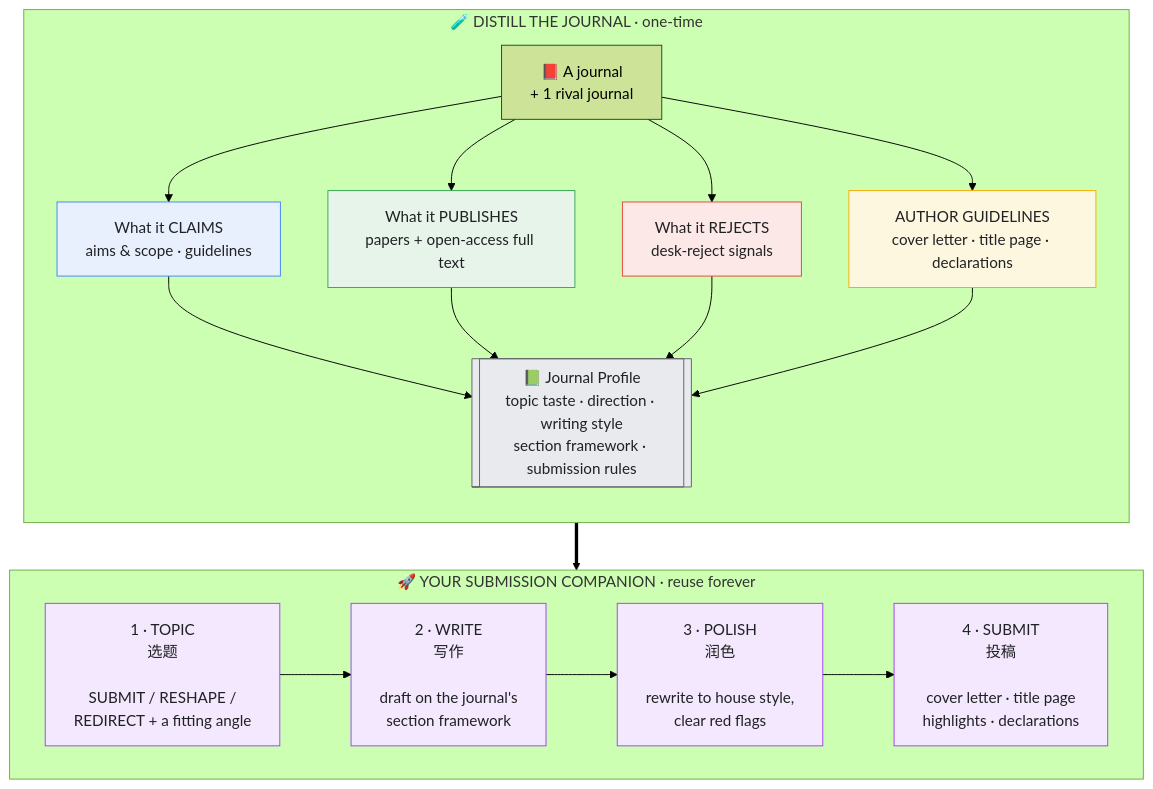
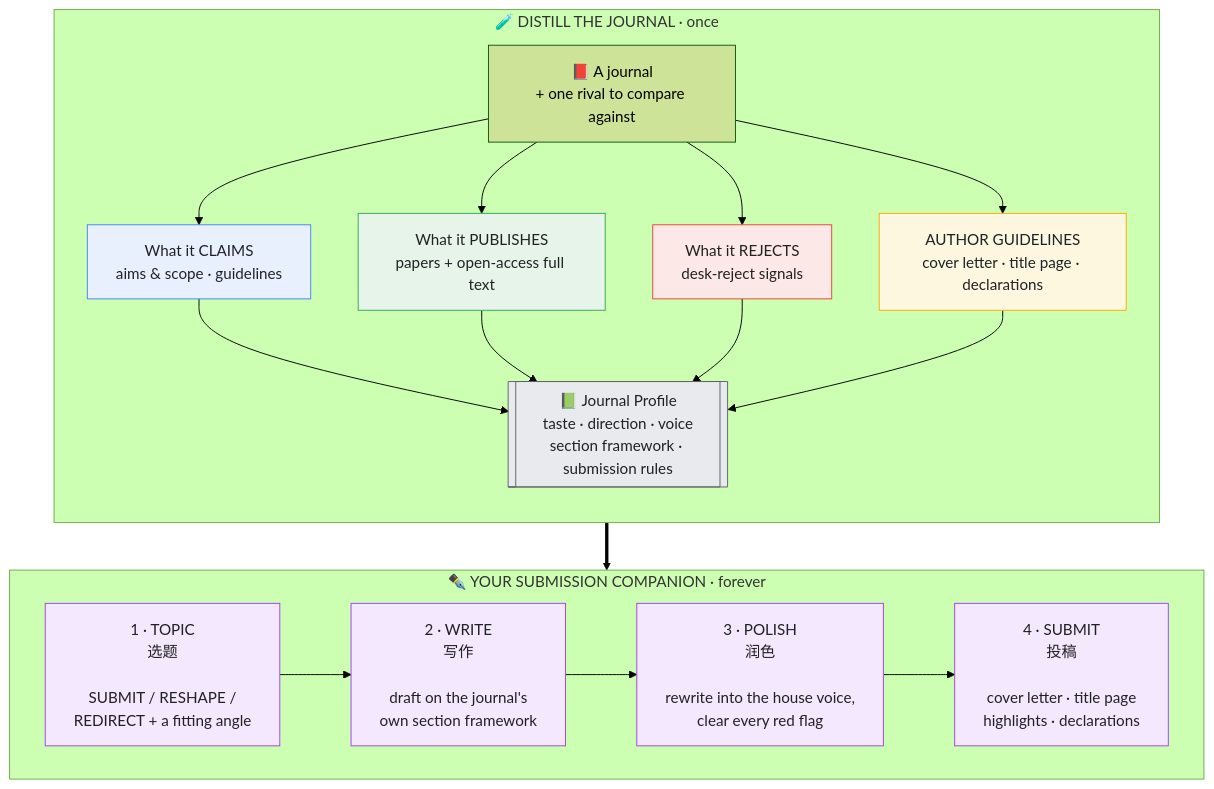
Before and after one commit to Youn-17/journal-compass: the diagram in README.md, drawn with Mermaid (forest theme). The commit also changed other lines of this file and 4 other files, not shown here.

````diff
--- a/README.md
+++ b/README.md
@@ -21,38 +27,38 @@
 ```mermaid
 flowchart TB
-    subgraph DISTILL["🧪 DISTILL THE JOURNAL · one-time"]
+    subgraph DISTILL["🧪 DISTILL THE JOURNAL · once"]
       direction TB
-      J["📕 A journal<br/>+ 1 rival journal"]
+      J["📕 A journal<br/>+ one rival to compare against"]
       R1["What it CLAIMS<br/>aims &amp; scope · guidelines"]:::say
       R2["What it PUBLISHES<br/>papers + open-access full text"]:::pub
       R3["What it REJECTS<br/>desk-reject signals"]:::rej
       R4["AUTHOR GUIDELINES<br/>cover letter · title page · declarations"]:::gd
-      P[["📗 Journal Profile<br/>topic taste · direction · writing style<br/>section framework · submission rules"]]:::profile
+      P[["📗 Journal Profile<br/>taste · direction · voice<br/>section framework · submission rules"]]:::profile
       J --> R1
       J --> R2
       J --> R3
       J --> R4
       R1 --> P
       R2 --> P
       R3 --> P
       R4 --> P
     end
 
     P ==> COMP
 
-    subgraph COMP["🚀 YOUR SUBMISSION COMPANION · reuse forever"]
+    subgraph COMP["✒️ YOUR SUBMISSION COMPANION · forever"]
       direction LR
       S1["1 · TOPIC<br/>选题<br/><br/>SUBMIT / RESHAPE /<br/>REDIRECT + a fitting angle"]:::step
-      S2["2 · WRITE<br/>写作<br/><br/>draft on the journal's<br/>section framework"]:::step
-      S3["3 · POLISH<br/>润色<br/><br/>rewrite to house style,<br/>clear red flags"]:::step
+      S2["2 · WRITE<br/>写作<br/><br/>draft on the journal's<br/>own section framework"]:::step
+      S3["3 · POLISH<br/>润色<br/><br/>rewrite into the house voice,<br/>clear every red flag"]:::step
       S4["4 · SUBMIT<br/>投稿<br/><br/>cover letter · title page<br/>highlights · declarations"]:::step
       S1 --> S2 --> S3 --> S4
     end
 
     classDef say fill:#e8f0fe,stroke:#4285f4,color:#202124;
     classDef pub fill:#e6f4ea,stroke:#34a853,color:#202124;
     classDef rej fill:#fce8e6,stroke:#ea4335,color:#202124;
     classDef gd fill:#fef7e0,stroke:#f9ab00,color:#202124;
     classDef profile fill:#e8eaed,stroke:#5f6368,color:#202124;
     classDef step fill:#f3e8fd,stroke:#a142f4,color:#202124;
 ```
````
